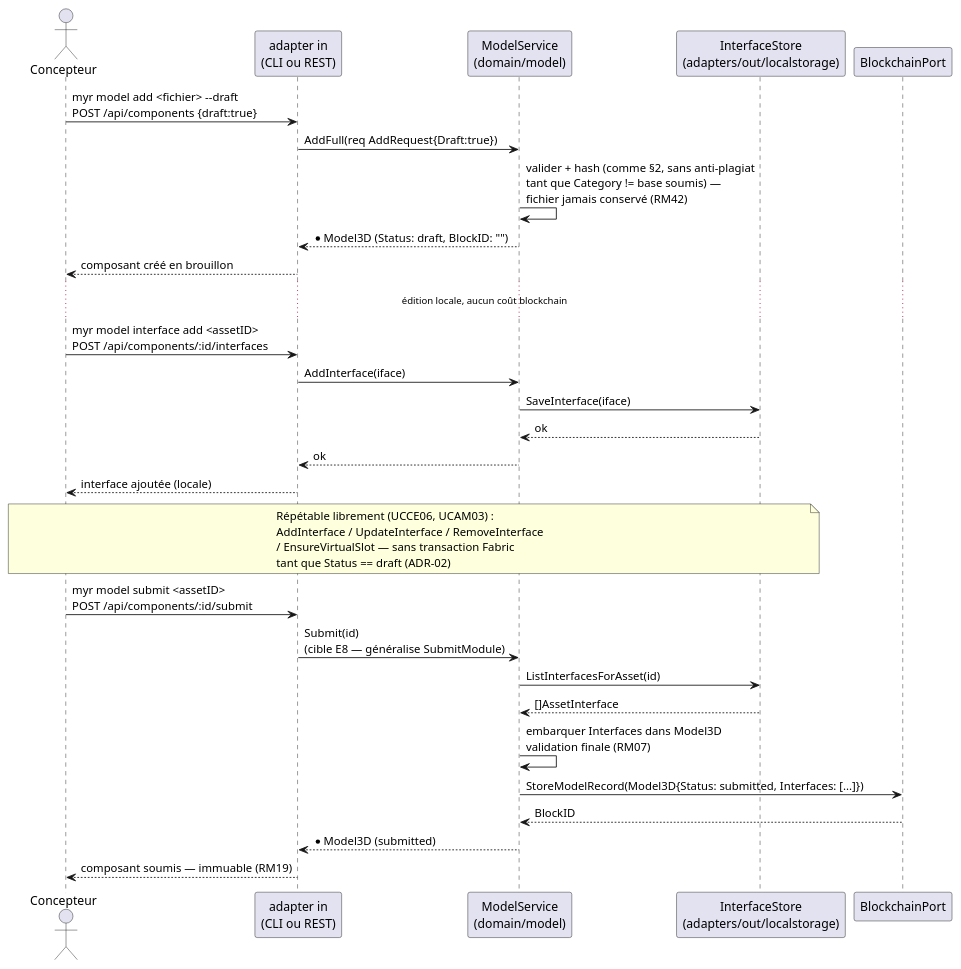
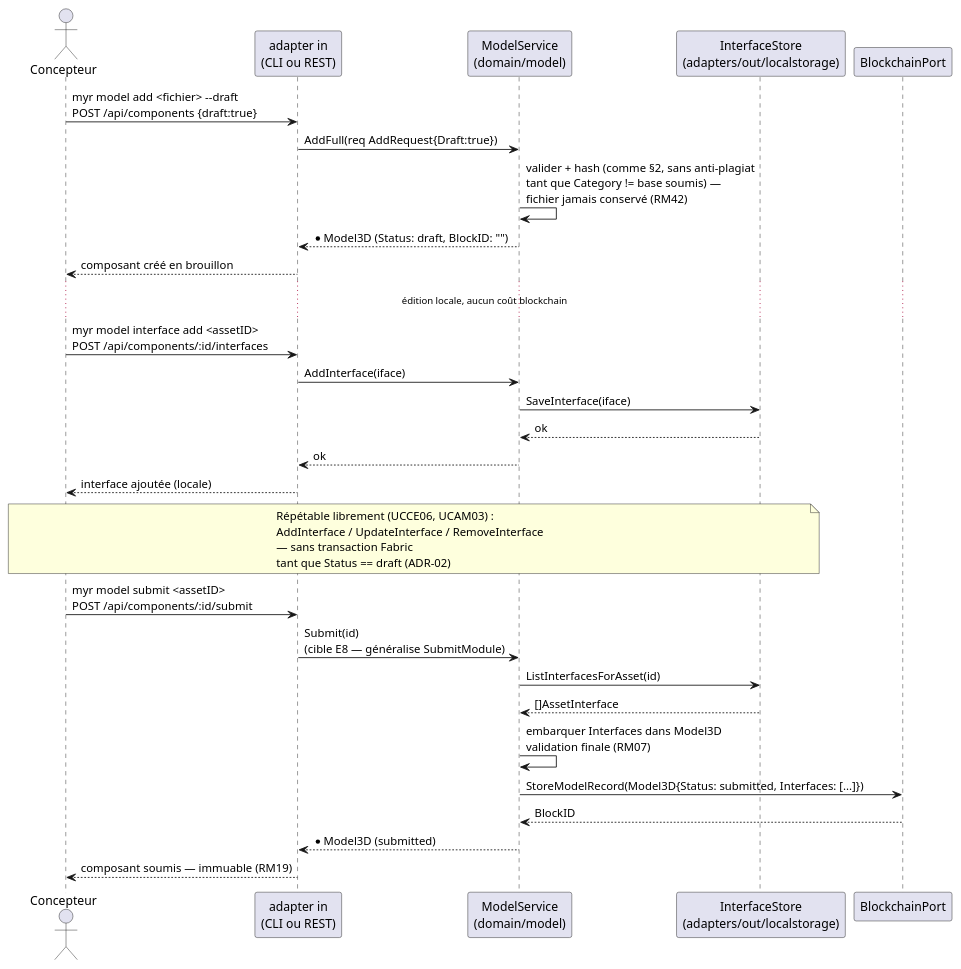
Before and after one commit to myr-forge/myr-core: the second of 2 diagrams in specs/3-Conception/Sequence_soumission_asset.md, drawn with PlantUML. The commit also changed 49 other files, not shown here.

````diff
--- a/specs/3-Conception/Sequence_soumission_asset.md
+++ b/specs/3-Conception/Sequence_soumission_asset.md
@@ -79,41 +79,41 @@
 ```plantuml
 @startuml
 actor C as "Concepteur"
 participant "adapter in\n(CLI ou REST)" as In
 participant "ModelService\n(domain/model)" as Svc
 participant "InterfaceStore\n(adapters/out/localstorage)" as IS
 participant "BlockchainPort" as BC
 
 C -> In : myr model add <fichier> --draft\nPOST /api/components {draft:true}
 In -> Svc : AddFull(req AddRequest{Draft:true})
 Svc -> Svc : valider + hash (comme §2, sans anti-plagiat\ntant que Category != base soumis) —\nfichier jamais conservé (RM42)
 Svc --> In : *Model3D (Status: draft, BlockID: "")
 In --> C : composant créé en brouillon
 
 ... édition locale, aucun coût blockchain ...
 
 C -> In : myr model interface add <assetID>\nPOST /api/components/:id/interfaces
 In -> Svc : AddInterface(iface)
 Svc -> IS : SaveInterface(iface)
 IS --> Svc : ok
 Svc --> In : ok
 In --> C : interface ajoutée (locale)
 
 note over C, IS
   Répétable librement (UCCE06, UCAM03) :
   AddInterface / UpdateInterface / RemoveInterface
-  / EnsureVirtualSlot — sans transaction Fabric
+  — sans transaction Fabric
   tant que Status == draft (ADR-02)
 end note
 
 C -> In : myr model submit <assetID>\nPOST /api/components/:id/submit
 In -> Svc : Submit(id)\n(cible E8 — généralise SubmitModule)
 Svc -> IS : ListInterfacesForAsset(id)
 IS --> Svc : []AssetInterface
 Svc -> Svc : embarquer Interfaces dans Model3D\nvalidation finale (RM07)
 Svc -> BC : StoreModelRecord(Model3D{Status: submitted, Interfaces: [...]})
 BC --> Svc : BlockID
 Svc --> In : *Model3D (submitted)
 In --> C : composant soumis — immuable (RM19)
 @enduml
 ```
````
